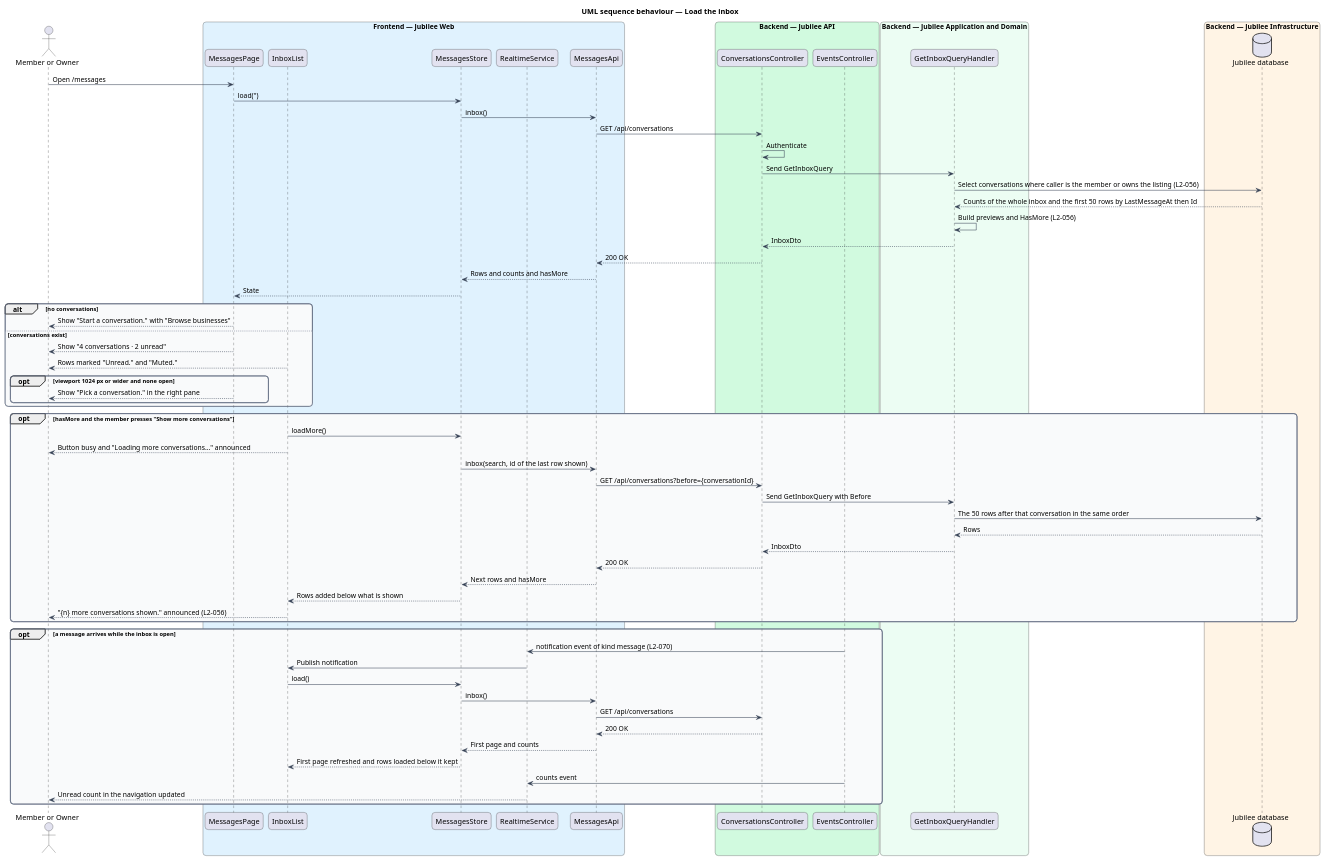
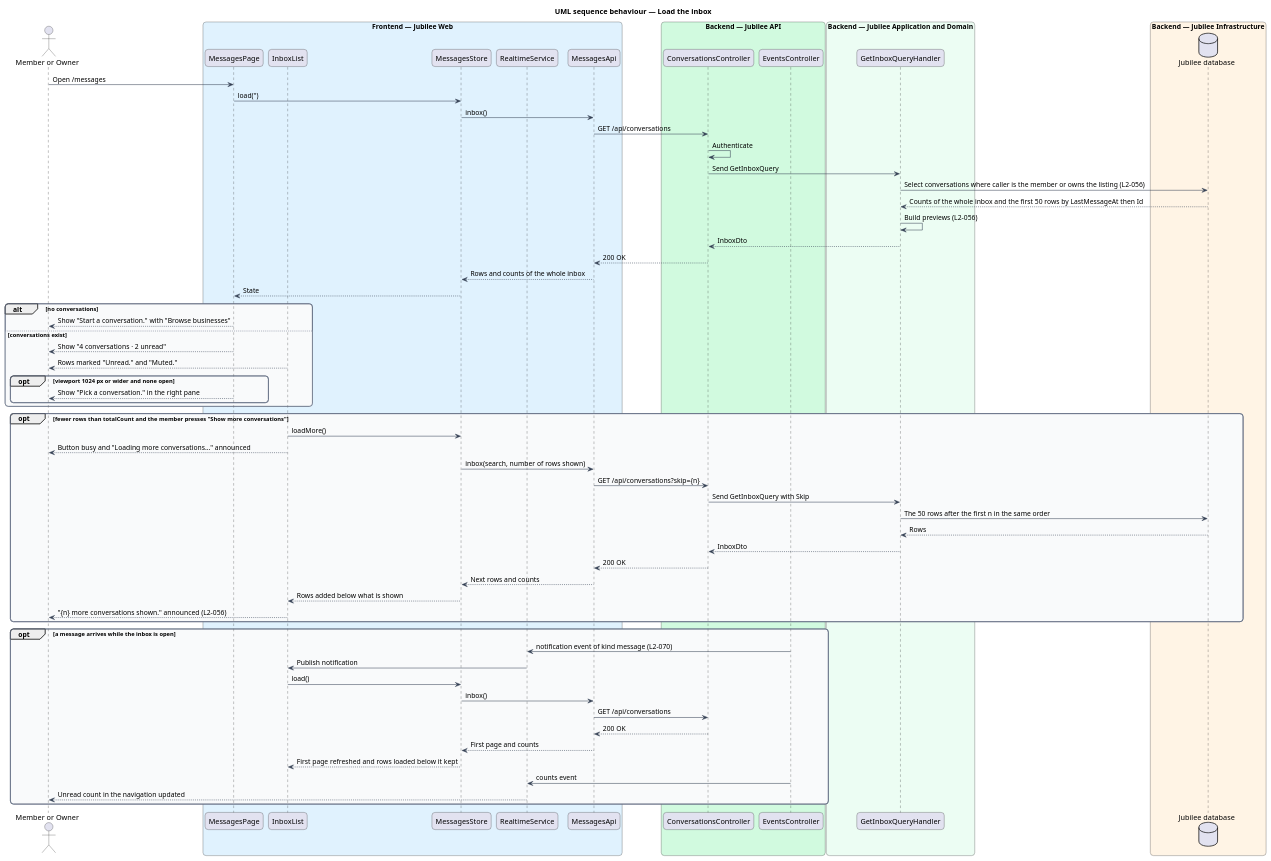
Before and after one commit to QuinntyneBrown/jubilee: the diagram in docs/detailed-designs/messaging/read-inbox/diagrams/sequence-load-inbox.puml, drawn with PlantUML. The commit also changed 19 other files, not shown here.

Commit message:
Slice 2: the inbox is paged by 50 and "Show more conversations" adds the next, by keyboard and touch (L2-056 AC7)

```diff
--- a/docs/detailed-designs/messaging/read-inbox/diagrams/sequence-load-inbox.puml
+++ b/docs/detailed-designs/messaging/read-inbox/diagrams/sequence-load-inbox.puml
@@ -1,83 +1,83 @@
 @startuml
 title UML sequence behaviour — Load the inbox
 skinparam backgroundColor #FFFFFF
 skinparam shadowing false
 skinparam roundcorner 12
 skinparam defaultFontName Arial
 skinparam ArrowColor #344054
 skinparam rectangle {
   BorderColor #344054
   FontColor #101828
 }
 skinparam package {
   BorderColor #667085
   FontColor #101828
   BackgroundColor #F9FAFB
 }
 actor "Member or Owner" as member
 box "Frontend — Jubilee Web" #E0F2FE
   participant "MessagesPage" as page
   participant "InboxList" as list
   participant "MessagesStore" as store
   participant "RealtimeService" as rt
   participant "MessagesApi" as client
 end box
 box "Backend — Jubilee API" #D1FADF
   participant "ConversationsController" as controller
   participant "EventsController" as events
 end box
 box "Backend — Jubilee Application and Domain" #ECFDF3
   participant "GetInboxQueryHandler" as handler
 end box
 box "Backend — Jubilee Infrastructure" #FFF4E5
   database "Jubilee database" as db
 end box
 member -> page : Open /messages
 page -> store : load('')
 store -> client : inbox()
 client -> controller : GET /api/conversations
 controller -> controller : Authenticate
 controller -> handler : Send GetInboxQuery
 handler -> db : Select conversations where caller is the member or owns the listing (L2-056)
 db --> handler : Counts of the whole inbox and the first 50 rows by LastMessageAt then Id
-handler -> handler : Build previews and HasMore (L2-056)
+handler -> handler : Build previews (L2-056)
 handler --> controller : InboxDto
 controller --> client : 200 OK
-client --> store : Rows and counts and hasMore
+client --> store : Rows and counts of the whole inbox
 store --> page : State
 alt no conversations
   page --> member : Show "Start a conversation." with "Browse businesses"
 else conversations exist
   page --> member : Show "4 conversations · 2 unread"
   list --> member : Rows marked "Unread." and "Muted."
   opt viewport 1024 px or wider and none open
     page --> member : Show "Pick a conversation." in the right pane
   end
 end
-opt hasMore and the member presses "Show more conversations"
+opt fewer rows than totalCount and the member presses "Show more conversations"
   list -> store : loadMore()
   list --> member : Button busy and "Loading more conversations…" announced
-  store -> client : inbox(search, id of the last row shown)
-  client -> controller : GET /api/conversations?before={conversationId}
-  controller -> handler : Send GetInboxQuery with Before
-  handler -> db : The 50 rows after that conversation in the same order
+  store -> client : inbox(search, number of rows shown)
+  client -> controller : GET /api/conversations?skip={n}
+  controller -> handler : Send GetInboxQuery with Skip
+  handler -> db : The 50 rows after the first n in the same order
   db --> handler : Rows
   handler --> controller : InboxDto
   controller --> client : 200 OK
-  client --> store : Next rows and hasMore
+  client --> store : Next rows and counts
   store --> list : Rows added below what is shown
   list --> member : "{n} more conversations shown." announced (L2-056)
 end
 opt a message arrives while the inbox is open
   events -> rt : notification event of kind message (L2-070)
   rt -> list : Publish notification
   list -> store : load()
   store -> client : inbox()
   client -> controller : GET /api/conversations
   controller --> client : 200 OK
   client --> store : First page and counts
   store --> list : First page refreshed and rows loaded below it kept
   events -> rt : counts event
   rt --> member : Unread count in the navigation updated
 end
 @enduml
```
